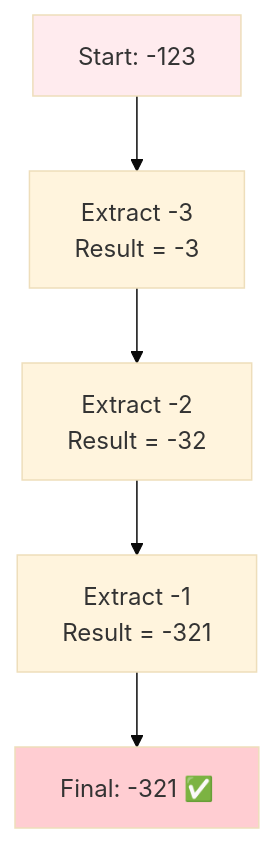
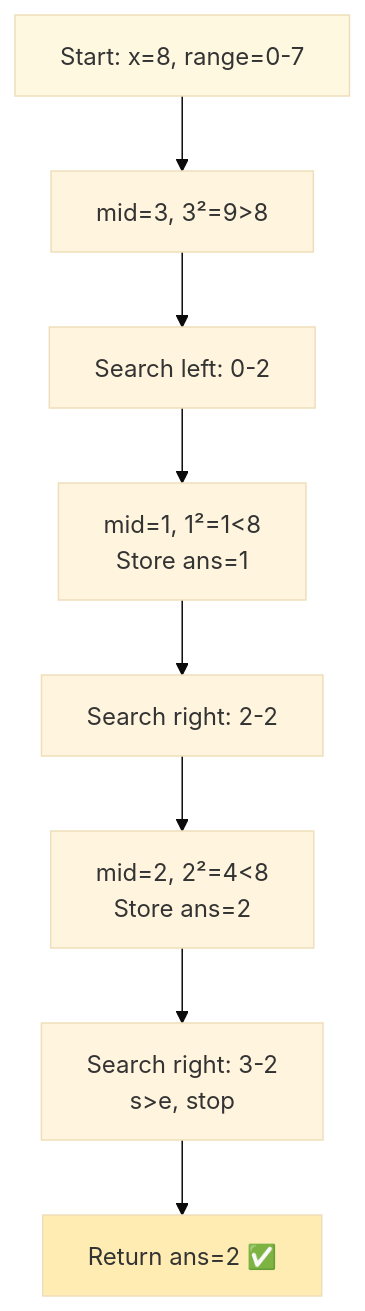
The fourth of 14 diagrams in README.md (LuckyLongre123/README_RUNNER), drawn with Mermaid (base theme) before and after one commit. The commit also changed other lines of this file, not shown here.

````diff
--- a/README.md
+++ b/README.md
@@ -113,10 +120,13 @@
 ```mermaid
-graph TD
-    A[Start: -123] --> B[Extract -3<br/>Result = -3]
-    B --> C[Extract -2<br/>Result = -32]
-    C --> D[Extract -1<br/>Result = -321]
-    D --> E[Final: -321 ✅]
+flowchart TD
+    A[Start: x=8, range=0-7] --> B[mid=3, 3²=9>8]
+    B --> C[Search left: 0-2]
+    C --> D[mid=1, 1²=1<8<br/>Store ans=1]
+    D --> E[Search right: 2-2]
+    E --> F[mid=2, 2²=4<8<br/>Store ans=2]
+    F --> G[Search right: 3-2<br/>s>e, stop]
+    G --> H[Return ans=2 ✅]
     
-    style A fill:#ffebee
-    style E fill:#ffcdd2
+    style A fill:#fff8e1
+    style H fill:#ffecb3
 ```
````
